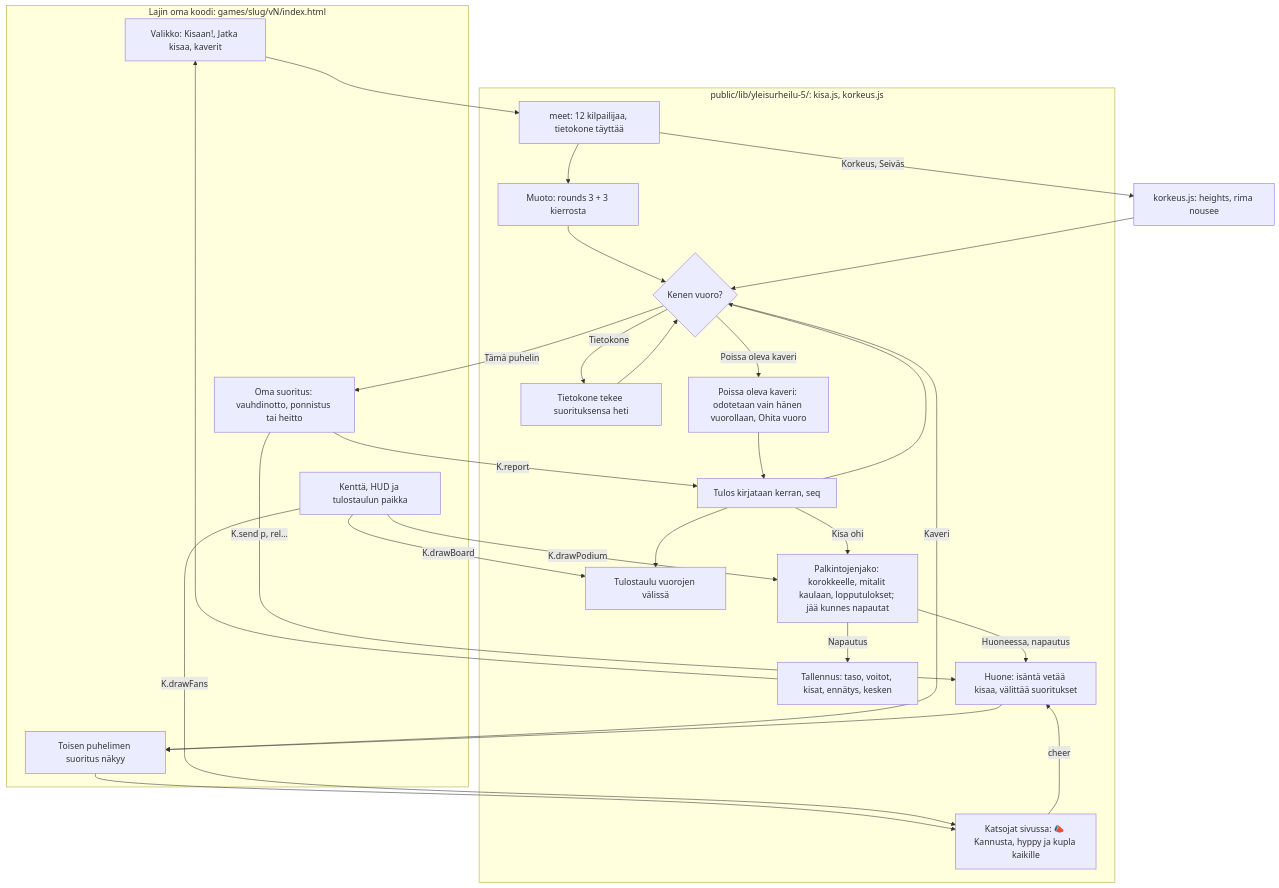
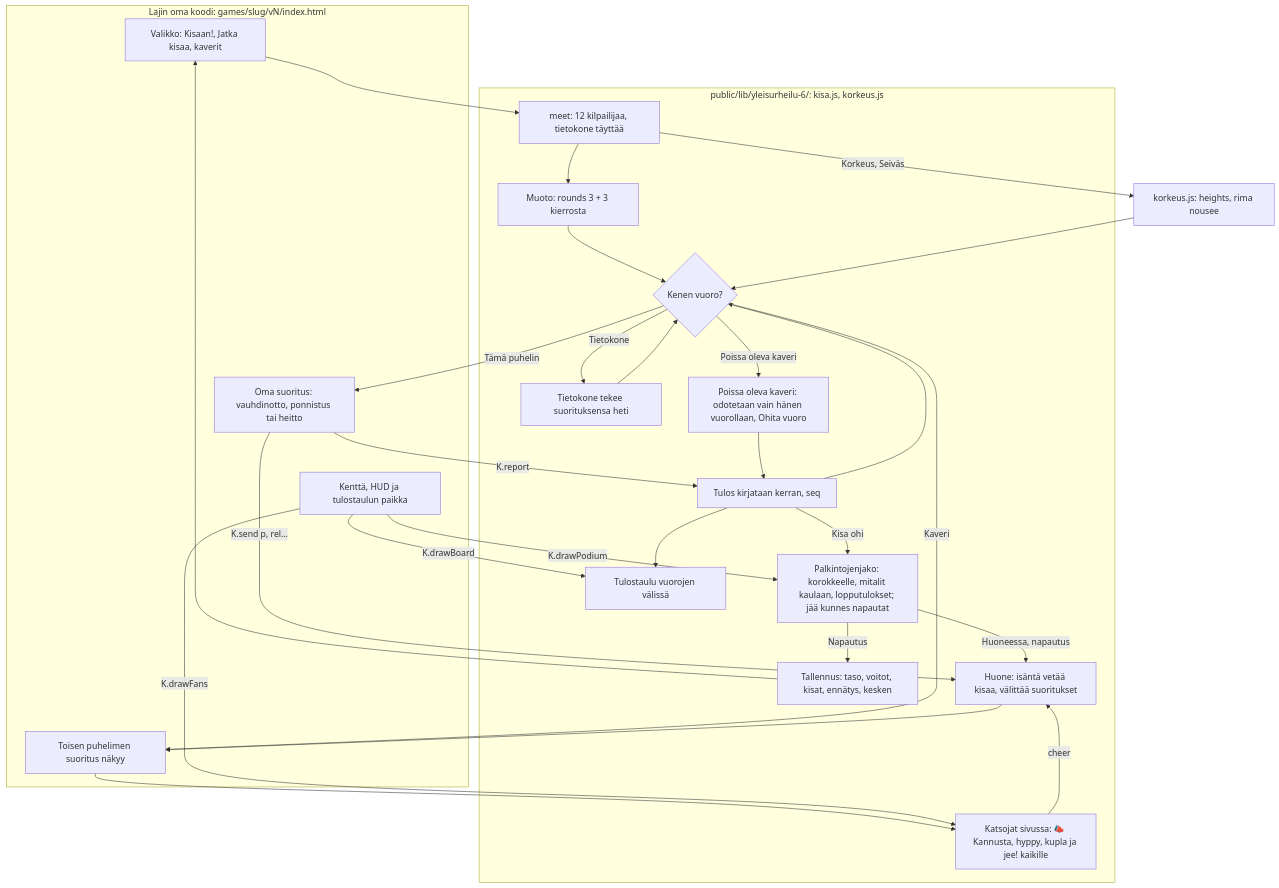
Before and after one commit to eerovil/ai-pelit: the diagram in docs/diagrams/yleisurheilu-kirjasto.md, drawn with Mermaid. The commit also changed other lines of this file and 99 other files, not shown here.

````diff
--- a/docs/diagrams/yleisurheilu-kirjasto.md
+++ b/docs/diagrams/yleisurheilu-kirjasto.md
@@ -17,46 +19,46 @@
 ```mermaid
 flowchart TD
   subgraph Peli[Lajin oma koodi: games/slug/vN/index.html]
     G1[Valikko: Kisaan!, Jatka kisaa, kaverit]
     G2[Oma suoritus: vauhdinotto, ponnistus tai heitto]
     G3[Toisen puhelimen suoritus näkyy]
     G4[Kenttä, HUD ja tulostaulun paikka]
   end
-  subgraph Kirjasto[public/lib/yleisurheilu-5/: kisa.js, korkeus.js]
+  subgraph Kirjasto[public/lib/yleisurheilu-6/: kisa.js, korkeus.js]
     K1[meet: 12 kilpailijaa, tietokone täyttää]
     K2[Muoto: rounds 3 + 3 kierrosta]
     K3{Kenen vuoro?}
     K4[Tietokone tekee suorituksensa heti]
     K5[Tulos kirjataan kerran, seq]
     K6[Tulostaulu vuorojen välissä]
     K9[Palkintojenjako: korokkeelle, mitalit kaulaan, lopputulokset; jää kunnes napautat]
     K7[Tallennus: taso, voitot, kisat, ennätys, kesken]
     K8[Huone: isäntä vetää kisaa, välittää suoritukset]
-    K10[Katsojat sivussa: 📣 Kannusta, hyppy ja kupla kaikille]
+    K10[Katsojat sivussa: 📣 Kannusta, hyppy, kupla ja jee! kaikille]
     K11[Poissa oleva kaveri: odotetaan vain hänen vuorollaan, Ohita vuoro]
   end
   G1 --> K1 --> K2 --> K3
   K1 -- Korkeus, Seiväs --> H1[korkeus.js: heights, rima nousee]
   H1 --> K3
   K3 -- Tietokone --> K4 --> K3
   K3 -- Poissa oleva kaveri --> K11 --> K5
   K3 -- Tämä puhelin --> G2
   K3 -- Kaveri --> G3
   G3 --> K10
   G4 -- K.drawFans --> K10
   K10 -- cheer --> K8
   G2 -- K.report --> K5
   G2 -- K.send p, rel... --> K8 --> G3
   K5 --> K3
   K5 --> K6
   K5 -- Kisa ohi --> K9
   K9 -- Napautus --> K7 --> G1
   K9 -- Huoneessa, napautus --> K8
   G4 -- K.drawBoard --> K6
   G4 -- K.drawPodium --> K9
   class G1,G2,G4 blue
   class G3,K8,K10,K11 violet
   class K3 amber
   class K1,K2,K4,K5,H1 teal
   class K6,K7,K9 green
 ```
````
